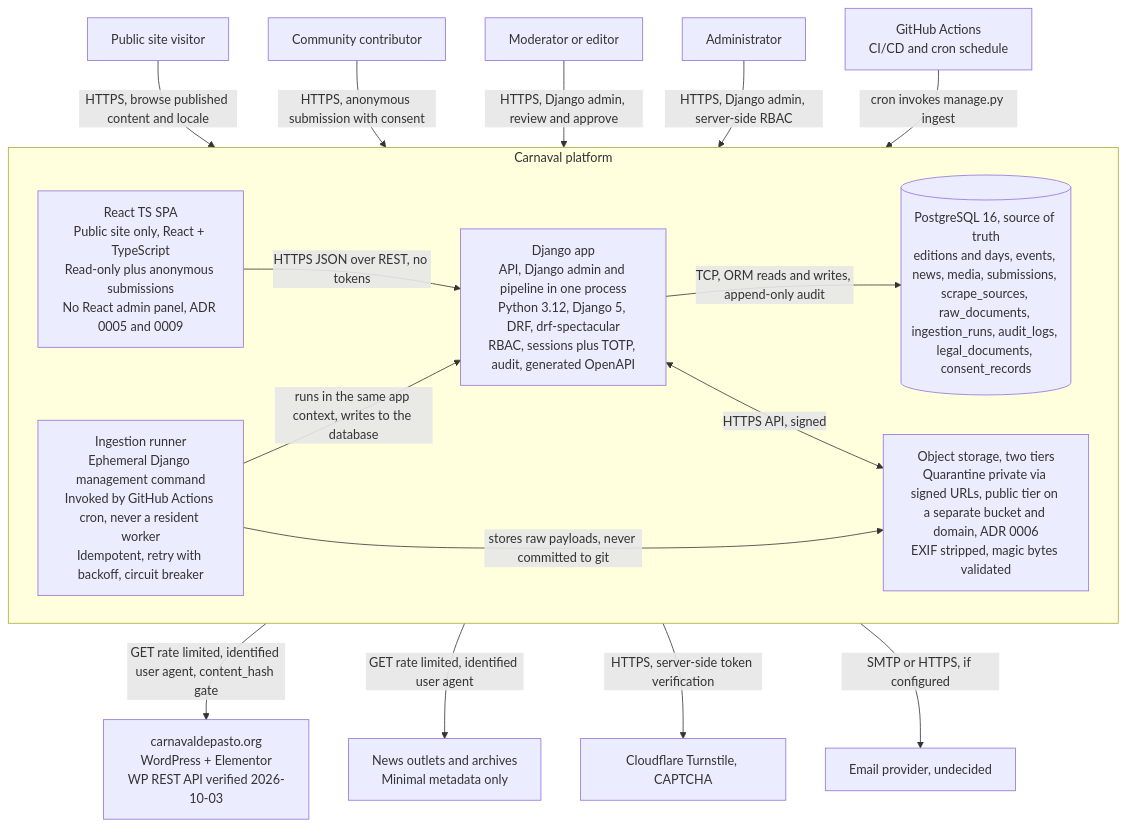
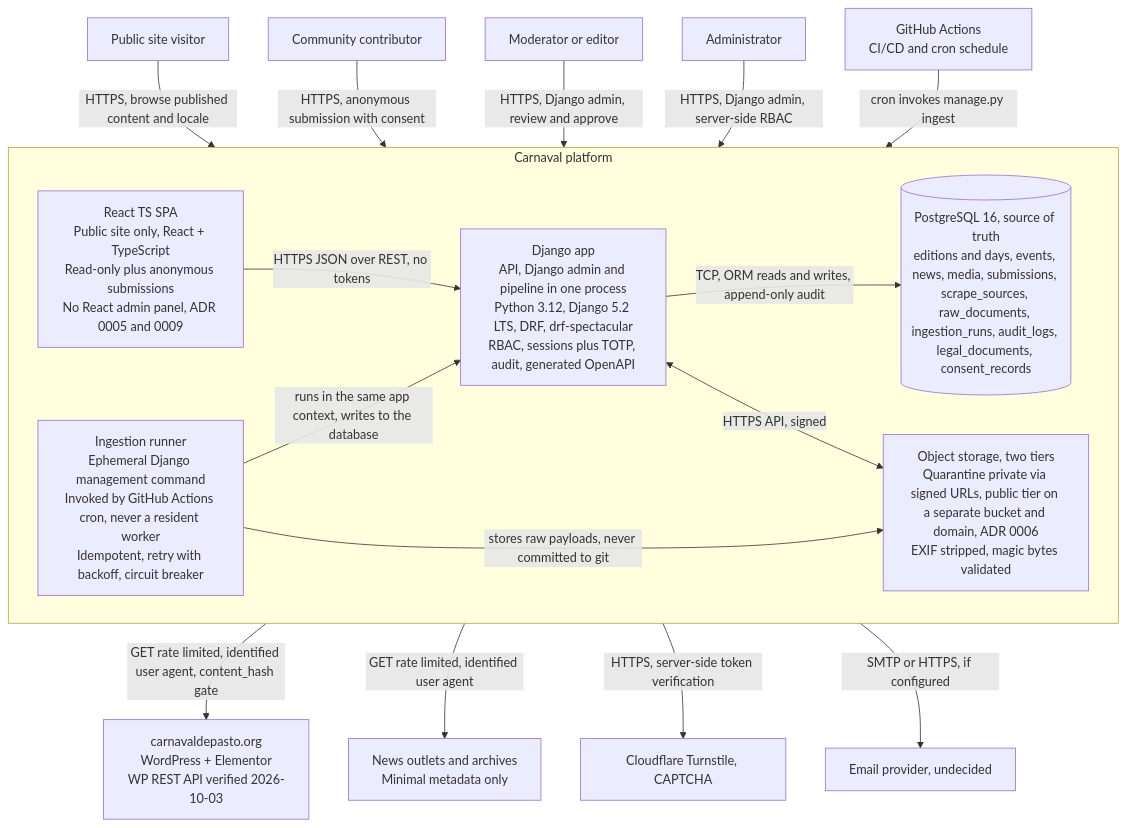
Before and after one commit to victorloal/Carnaval: the second of 2 diagrams in docs/02-diseno/arquitectura-c4.md, drawn with Mermaid. The commit also changed other lines of this file and 18 other files, not shown here.

First line of the commit message:
fix: upgrade to Django 5.2 LTS, harden settings and add the moderation mixin

````diff
--- a/docs/02-diseno/arquitectura-c4.md
+++ b/docs/02-diseno/arquitectura-c4.md
@@ -97,40 +97,40 @@
 ```mermaid
 flowchart TB
     visitor["Public site visitor"]
     contributor["Community contributor"]
     moderator["Moderator or editor"]
     admin["Administrator"]
 
     subgraph sys["Carnaval platform"]
         direction LR
         spa["React TS SPA<br/>Public site only, React + TypeScript<br/>Read-only plus anonymous submissions<br/>No React admin panel, ADR 0005 and 0009"]
-        django_app["Django app<br/>API, Django admin and pipeline in one process<br/>Python 3.12, Django 5, DRF, drf-spectacular<br/>RBAC, sessions plus TOTP, audit, generated OpenAPI"]
+        django_app["Django app<br/>API, Django admin and pipeline in one process<br/>Python 3.12, Django 5.2 LTS, DRF, drf-spectacular<br/>RBAC, sessions plus TOTP, audit, generated OpenAPI"]
         ingest_cmd["Ingestion runner<br/>Ephemeral Django management command<br/>Invoked by GitHub Actions cron, never a resident worker<br/>Idempotent, retry with backoff, circuit breaker"]
         pg[("PostgreSQL 16, source of truth<br/>editions and days, events, news, media, submissions, scrape_sources, raw_documents, ingestion_runs, audit_logs, legal_documents, consent_records")]
         stor["Object storage, two tiers<br/>Quarantine private via signed URLs, public tier on a separate bucket and domain, ADR 0006<br/>EXIF stripped, magic bytes validated"]
     end
 
     src_off["carnavaldepasto.org<br/>WordPress + Elementor<br/>WP REST API verified 2026-10-03"]
     src_news["News outlets and archives<br/>Minimal metadata only"]
     turnstile["Cloudflare Turnstile, CAPTCHA"]
     email["Email provider, undecided"]
     gh["GitHub Actions<br/>CI/CD and cron schedule"]
 
     visitor -->|HTTPS, browse published content and locale| spa
     contributor -->|HTTPS, anonymous submission with consent| spa
     moderator -->|HTTPS, Django admin, review and approve| django_app
     admin -->|HTTPS, Django admin, server-side RBAC| django_app
 
     spa -->|HTTPS JSON over REST, no tokens| django_app
     django_app -->|TCP, ORM reads and writes, append-only audit| pg
     django_app <-->|HTTPS API, signed| stor
 
     gh -->|cron invokes manage.py ingest| ingest_cmd
     ingest_cmd -->|runs in the same app context, writes to the database| django_app
     ingest_cmd -->|GET rate limited, identified user agent, content_hash gate| src_off
     ingest_cmd -->|GET rate limited, identified user agent| src_news
     ingest_cmd -->|stores raw payloads, never committed to git| stor
 
     django_app -->|HTTPS, server-side token verification| turnstile
     django_app -->|SMTP or HTTPS, if configured| email
 ```
````
